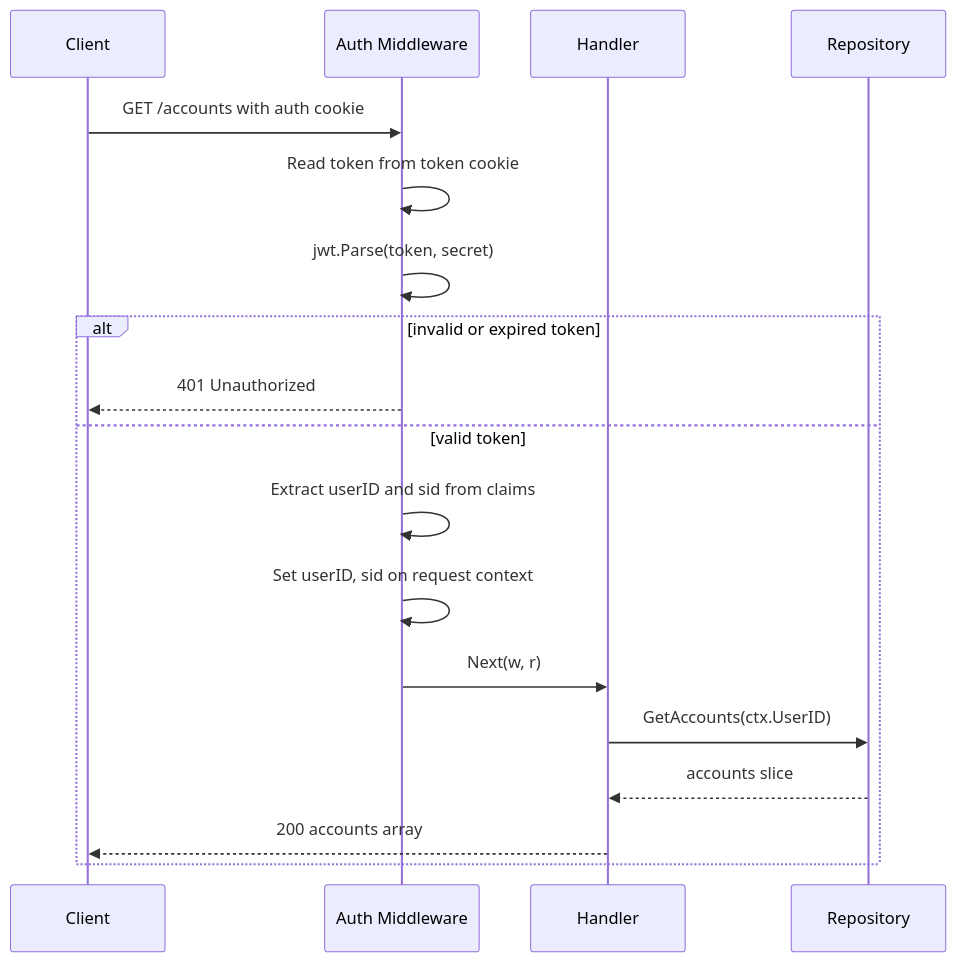
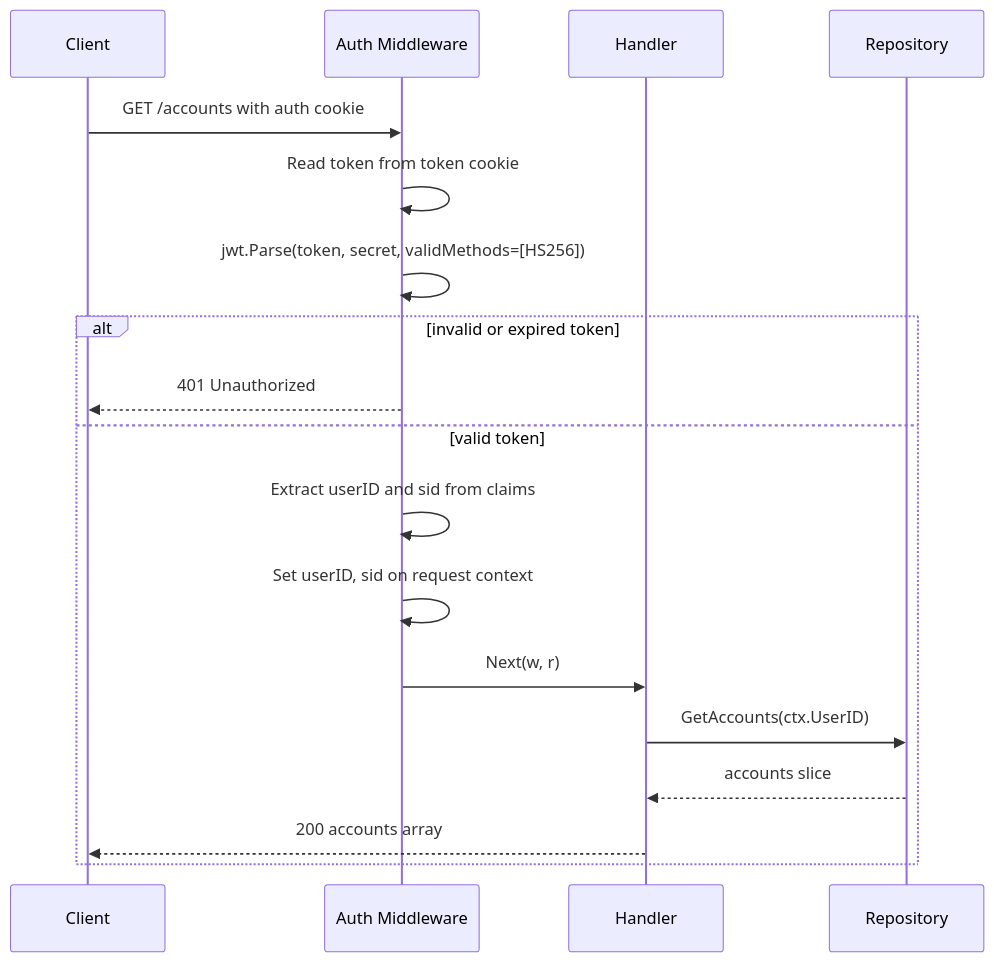
The tenth of 16 diagrams in backend/docs/flows.md (ppinedo0714/a-couple-of-coins), drawn with Mermaid before and after one commit. The commit also changed other lines of this file and 5 other files, not shown here.

````diff
--- a/backend/docs/flows.md
+++ b/backend/docs/flows.md
@@ -302,21 +440,21 @@
 ```mermaid
 sequenceDiagram
     participant C as Client
     participant M as Auth Middleware
     participant H as Handler
     participant R as Repository
 
     C->>M: GET /accounts with auth cookie
     M->>M: Read token from token cookie
-    M->>M: jwt.Parse(token, secret)
+    M->>M: jwt.Parse(token, secret, validMethods=[HS256])
     alt invalid or expired token
         M-->>C: 401 Unauthorized
     else valid token
         M->>M: Extract userID and sid from claims
         M->>M: Set userID, sid on request context
         M->>H: Next(w, r)
         H->>R: GetAccounts(ctx.UserID)
         R-->>H: accounts slice
         H-->>C: 200 accounts array
     end
 ```
````
